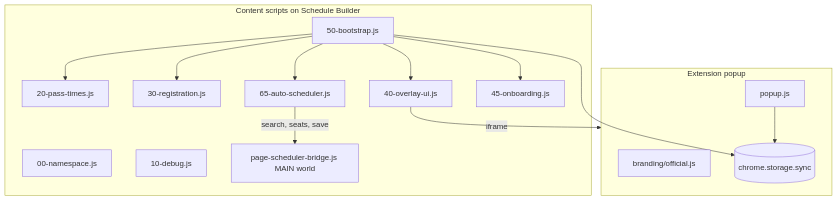
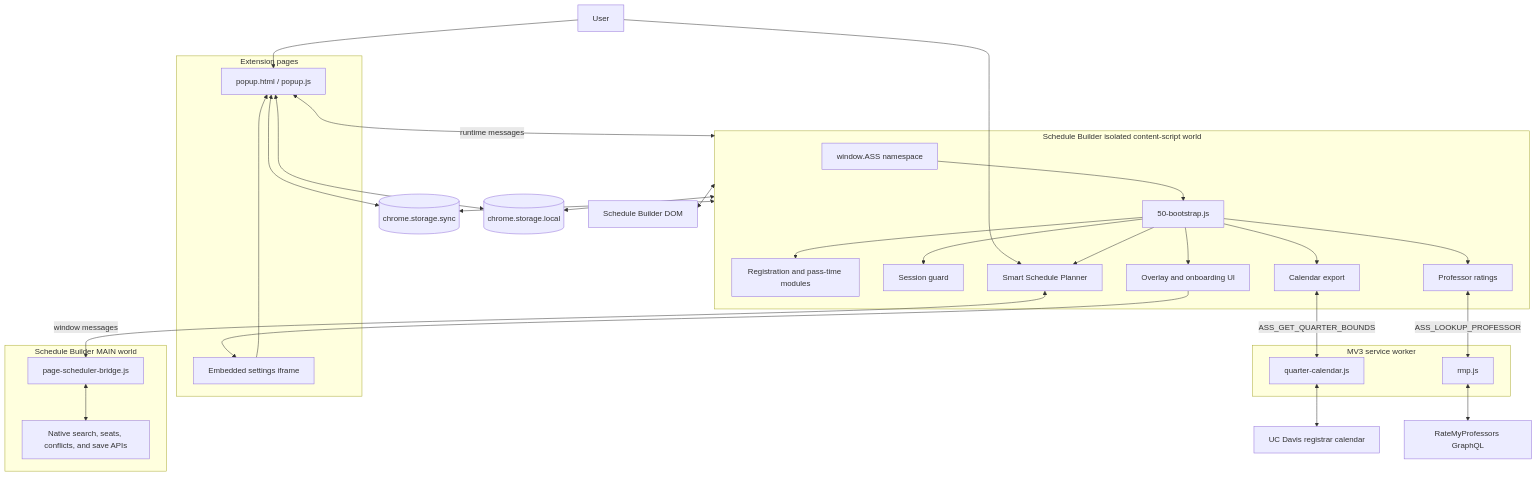
The first of 2 diagrams in docs/ARCHITECTURE.md (vijitdua/aggie-schedule-sniper), drawn with Mermaid before and after one commit. The commit also changed other lines of this file, not shown here.

Commit message:
docs: update architecture for smart scheduler

````diff
--- a/docs/ARCHITECTURE.md
+++ b/docs/ARCHITECTURE.md
@@ -7,30 +7,62 @@
 ```mermaid
 flowchart TB
-  subgraph popup [Extension popup]
-    brandingJs[branding/official.js]
-    popupJs[popup.js]
-    syncStorage[(chrome.storage.sync)]
+  user["User"]
+
+  subgraph extensionPages ["Extension pages"]
+    popup["popup.html / popup.js"]
+    embedded["Embedded settings iframe"]
   end
 
-  subgraph content [Content scripts on Schedule Builder]
-    ns[00-namespace.js]
-    debug[10-debug.js]
-    passes[20-pass-times.js]
-    reg[30-registration.js]
-    planner[65-auto-scheduler.js]
-    bridge[page-scheduler-bridge.js MAIN world]
-    ui[40-overlay-ui.js]
-    onboard[45-onboarding.js]
-    boot[50-bootstrap.js]
+  subgraph isolatedWorld ["Schedule Builder isolated content-script world"]
+    namespace["window.ASS namespace"]
+    bootstrap["50-bootstrap.js"]
+    registration["Registration and pass-time modules"]
+    session["Session guard"]
+    calendar["Calendar export"]
+    ratings["Professor ratings"]
+    planner["Smart Schedule Planner"]
+    overlay["Overlay and onboarding UI"]
   end
 
-  popupJs --> syncStorage
-  boot --> syncStorage
-  boot --> passes
-  boot --> reg
-  boot --> planner
-  planner -->|search, seats, save| bridge
-  boot --> ui
-  boot --> onboard
-  ui -->|iframe| popup
+  subgraph mainWorld ["Schedule Builder MAIN world"]
+    bridge["page-scheduler-bridge.js"]
+    pageApis["Native search, seats, conflicts, and save APIs"]
+  end
+
+  subgraph worker ["MV3 service worker"]
+    quarterWorker["quarter-calendar.js"]
+    rmpWorker["rmp.js"]
+  end
+
+  syncStore[("chrome.storage.sync")]
+  localStore[("chrome.storage.local")]
+  registrar["UC Davis registrar calendar"]
+  rmp["RateMyProfessors GraphQL"]
+  scheduleDom["Schedule Builder DOM"]
+
+  user --> popup
+  user --> planner
+  popup <--> syncStore
+  popup <--> localStore
+  popup <-->|"runtime messages"| isolatedWorld
+  overlay --> embedded
+  embedded --> popup
+
+  namespace --> bootstrap
+  bootstrap --> registration
+  bootstrap --> session
+  bootstrap --> calendar
+  bootstrap --> ratings
+  bootstrap --> planner
+  bootstrap --> overlay
+
+  isolatedWorld <--> scheduleDom
+  planner <-->|"window messages"| bridge
+  bridge <--> pageApis
+  ratings <-->|"ASS_LOOKUP_PROFESSOR"| rmpWorker
+  rmpWorker <--> rmp
+  calendar <-->|"ASS_GET_QUARTER_BOUNDS"| quarterWorker
+  quarterWorker <--> registrar
+  isolatedWorld <--> localStore
+  isolatedWorld <--> syncStore
 ```
````
